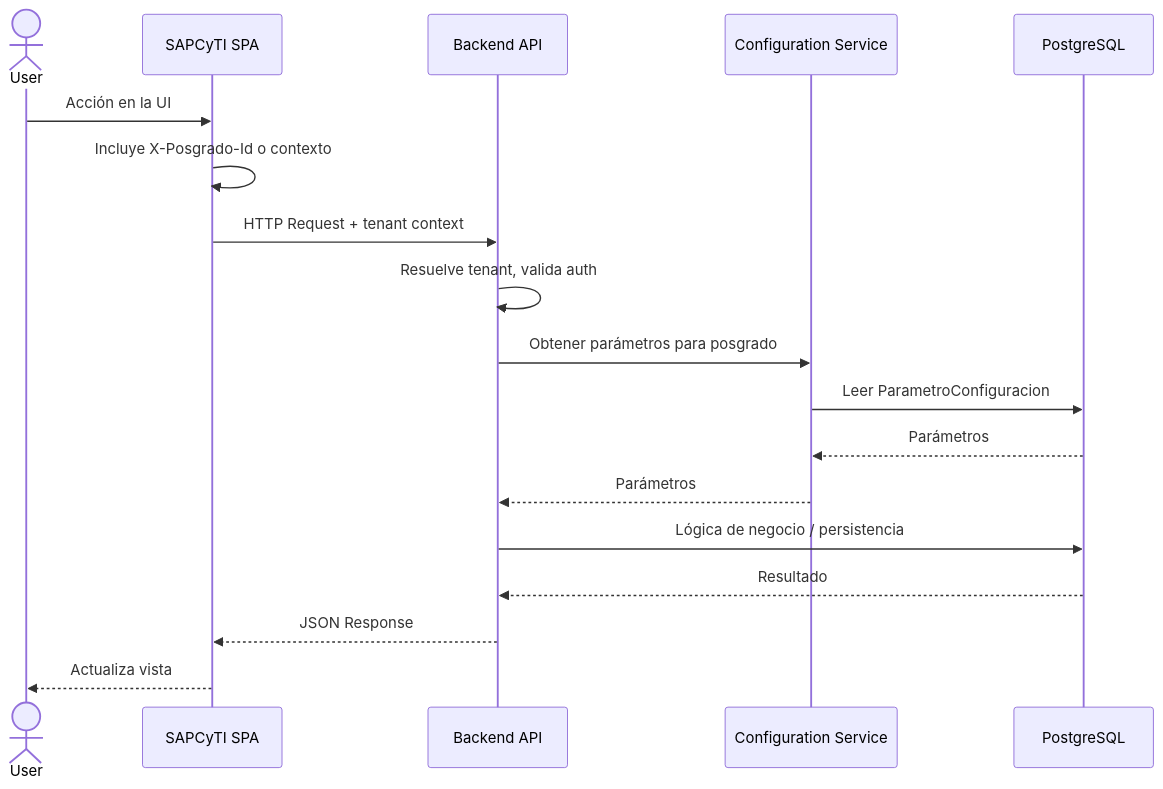
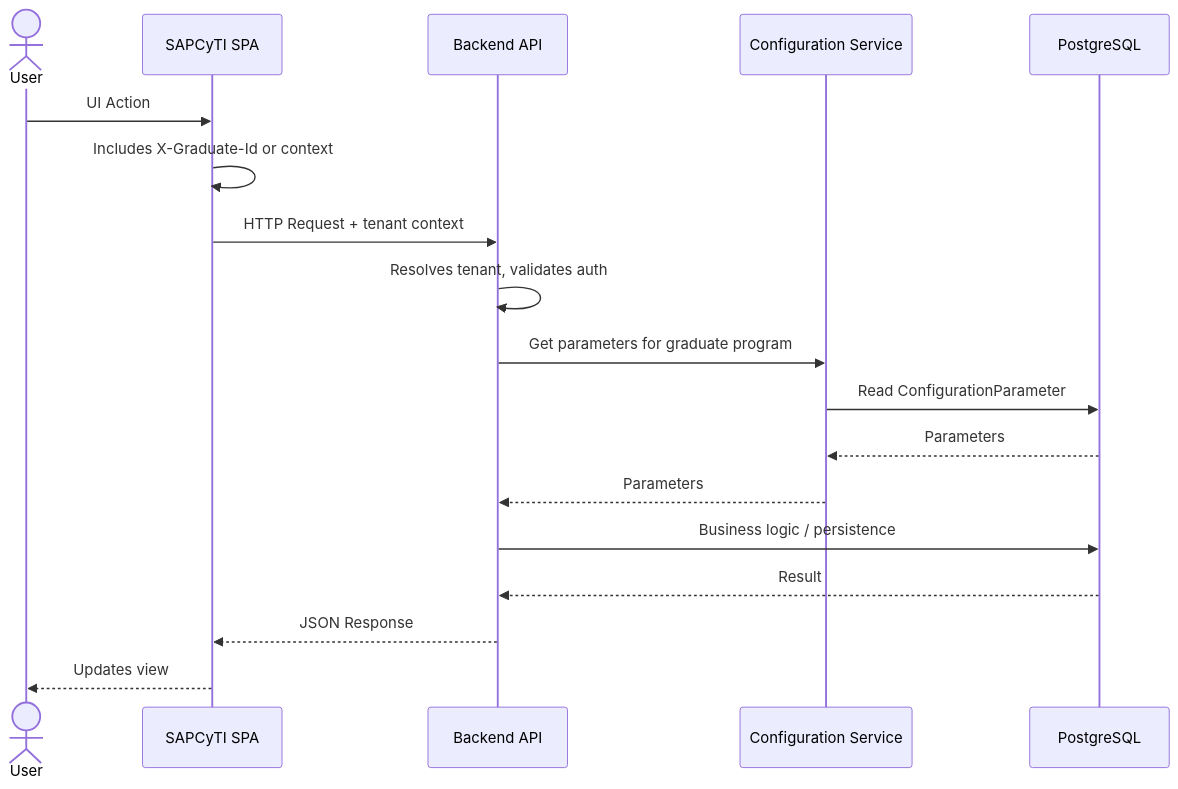
Diagram 12 of 17 in Design/Architecture.md (SAPCyTI-UAM-I/Docs), drawn with Mermaid before and after one commit. The commit also changed other lines of this file, not shown here.

Commit message:
docs: translate architecture documentation and diagrams to English - Iteration 2 refinement

````diff
--- a/Design/Architecture.md
+++ b/Design/Architecture.md
@@ -421,21 +557,21 @@
 ```mermaid
 sequenceDiagram
     actor User
     participant SPA as SAPCyTI SPA
     participant API as Backend API
     participant Config as Configuration Service
     participant DB as PostgreSQL
 
-    User->>SPA: Acción en la UI
-    SPA->>SPA: Incluye X-Posgrado-Id o contexto
+    User->>SPA: UI Action
+    SPA->>SPA: Includes X-Graduate-Id or context
     SPA->>API: HTTP Request + tenant context
-    API->>API: Resuelve tenant, valida auth
-    API->>Config: Obtener parámetros para posgrado
-    Config->>DB: Leer ParametroConfiguracion
-    DB-->>Config: Parámetros
-    Config-->>API: Parámetros
-    API->>DB: Lógica de negocio / persistencia
-    DB-->>API: Resultado
+    API->>API: Resolves tenant, validates auth
+    API->>Config: Get parameters for graduate program
+    Config->>DB: Read ConfigurationParameter
+    DB-->>Config: Parameters
+    Config-->>API: Parameters
+    API->>DB: Business logic / persistence
+    DB-->>API: Result
     API-->>SPA: JSON Response
-    SPA-->>User: Actualiza vista
+    SPA-->>User: Updates view
 ```
````
